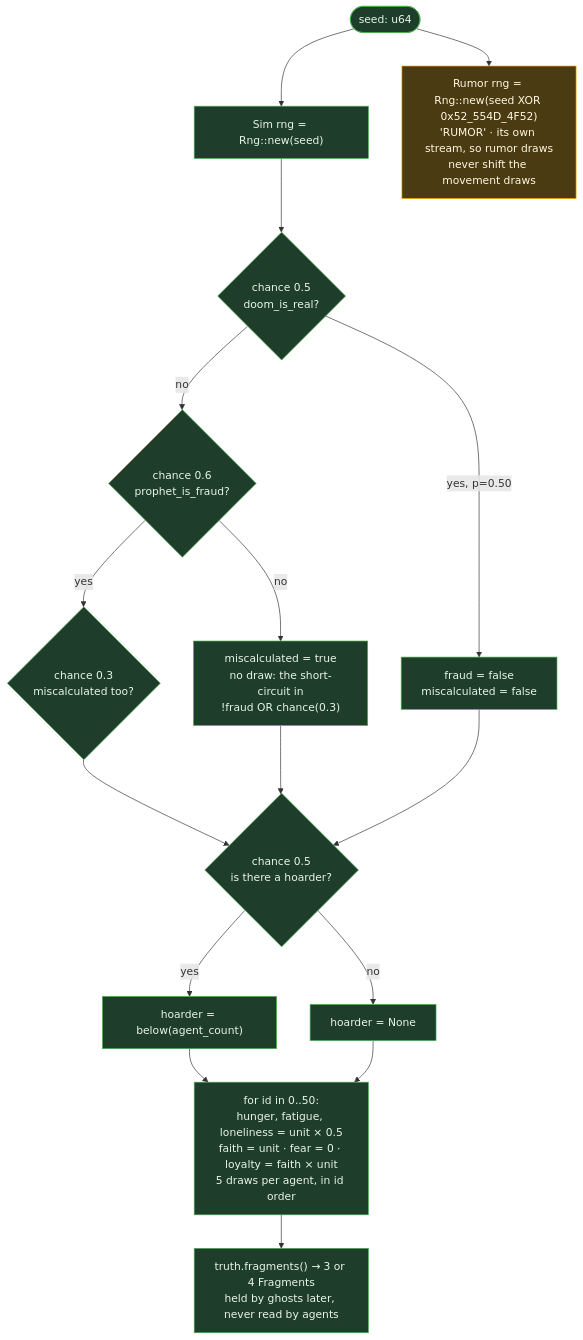
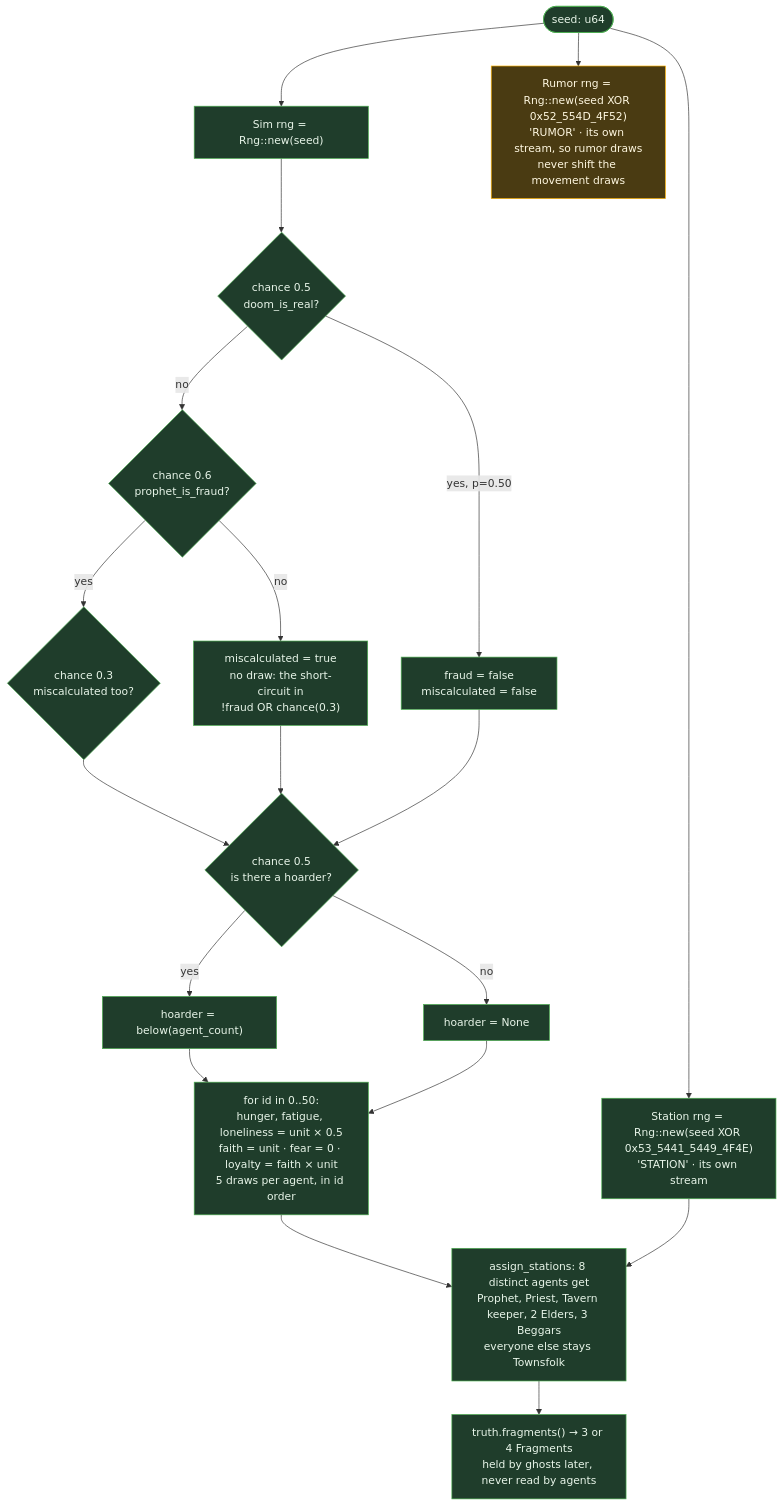
One commit to VarnoxL/last-vigil changed the third of 8 diagrams in README.md. Above: the diagram before and after it, drawn with Mermaid. The commit also changed other lines of this file and 1 other file, not shown here.

Commit message:
Address review: precise station doc, follow-up TODOs, README
- assign_stations doc says only the sim rng draws are unchanged
- TODOs for station behavior and the prophet/priest beliefs question
- README: stations are assigned; seed diagram shows the station stream;
  influence node marked built

````diff
--- a/README.md
+++ b/README.md
@@ -413,21 +413,23 @@
 ```mermaid
 flowchart TD
     classDef built fill:#1f3d2b,stroke:#4caf50,color:#e8f5e9
     classDef stub fill:#4a3b12,stroke:#ffb300,color:#fff8e1
 
     SEED(["seed: u64"]):::built --> RNG1["Sim rng = Rng::new(seed)"]:::built
     SEED --> RNG2["Rumor rng = Rng::new(seed XOR 0x52_554D_4F52)<br/>'RUMOR' · its own stream, so rumor draws<br/>never shift the movement draws"]:::stub
 
     RNG1 --> D1{"chance 0.5<br/>doom_is_real?"}:::built
     D1 -- "yes, p=0.50" --> TR["fraud = false<br/>miscalculated = false"]:::built
     D1 -- "no" --> D2{"chance 0.6<br/>prophet_is_fraud?"}:::built
     D2 -- "yes" --> D3{"chance 0.3<br/>miscalculated too?"}:::built
     D2 -- "no" --> D4["miscalculated = true<br/>no draw: the short-circuit in<br/>!fraud OR chance(0.3)"]:::built
     D3 --> H
     D4 --> H
     TR --> H{"chance 0.5<br/>is there a hoarder?"}:::built
     H -- "yes" --> H2["hoarder = below(agent_count)"]:::built
     H -- "no" --> H3["hoarder = None"]:::built
     H2 & H3 --> AG["for id in 0..50:<br/>hunger, fatigue, loneliness = unit × 0.5<br/>faith = unit · fear = 0 · loyalty = faith × unit<br/>5 draws per agent, in id order"]:::built
-    AG --> FR["truth.fragments() → 3 or 4 Fragments<br/>held by ghosts later, never read by agents"]:::built
+    SEED --> RNG3["Station rng = Rng::new(seed XOR 0x53_5441_5449_4F4E)<br/>'STATION' · its own stream"]:::built
+    AG & RNG3 --> ST["assign_stations: 8 distinct agents get<br/>Prophet, Priest, Tavern keeper, 2 Elders, 3 Beggars<br/>everyone else stays Townsfolk"]:::built
+    ST --> FR["truth.fragments() → 3 or 4 Fragments<br/>held by ghosts later, never read by agents"]:::built
 ```
````
